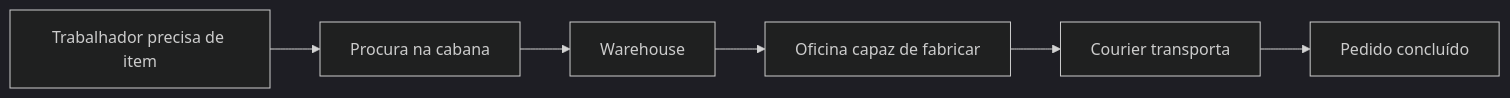
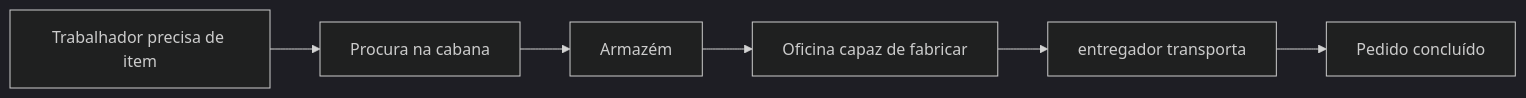
One commit to addandias/minecolonies-vault changed the diagram in content/02 - Administração/Sistema de pedidos.md. Above: the diagram before and after it, drawn with Mermaid (dark theme). The commit also changed other lines of this file and 127 other files, not shown here.

````diff
--- a/content/02 - Administração/Sistema de pedidos.md
+++ b/content/02 - Administração/Sistema de pedidos.md
@@ -14,8 +14,8 @@
 ```mermaid
 flowchart LR
     A["Trabalhador precisa de item"] --> B["Procura na cabana"]
-    B --> C["Warehouse"]
+    B --> C["Armazém"]
     C --> D["Oficina capaz de fabricar"]
-    D --> E["Courier transporta"]
+    D --> E["entregador transporta"]
     E --> F["Pedido concluído"]
 ```
````
